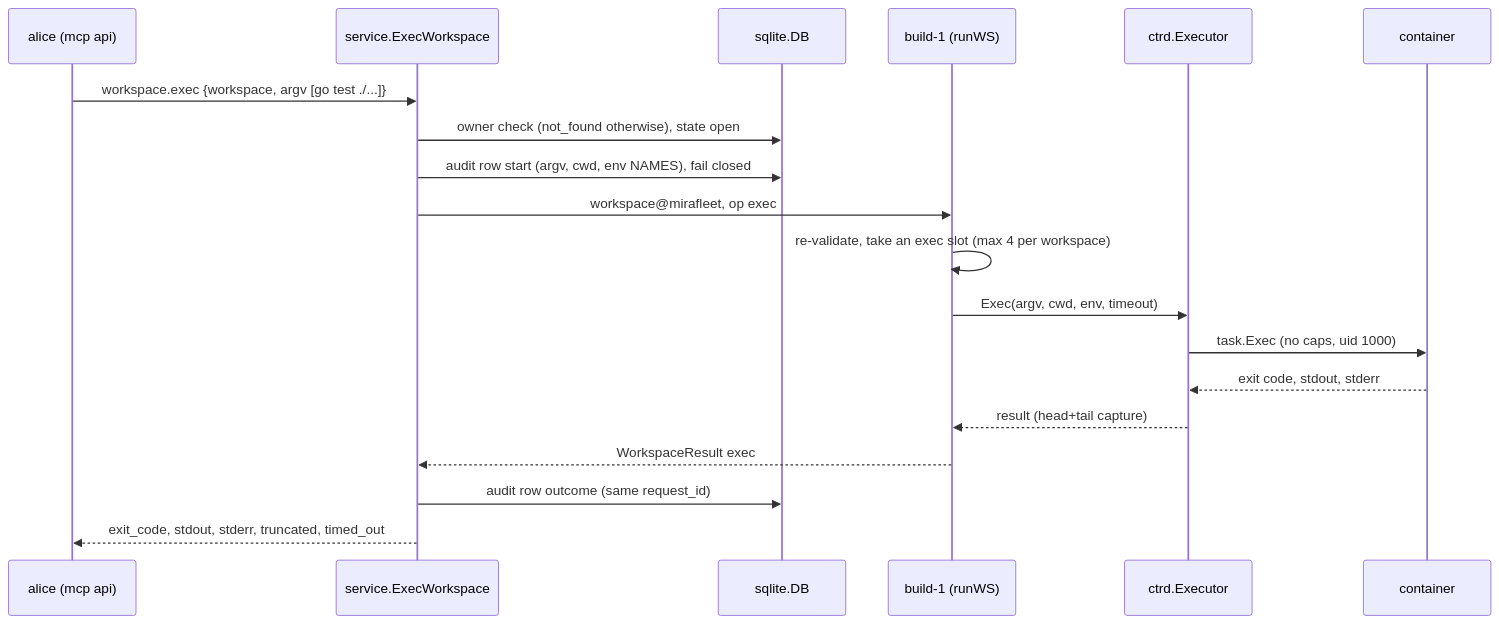
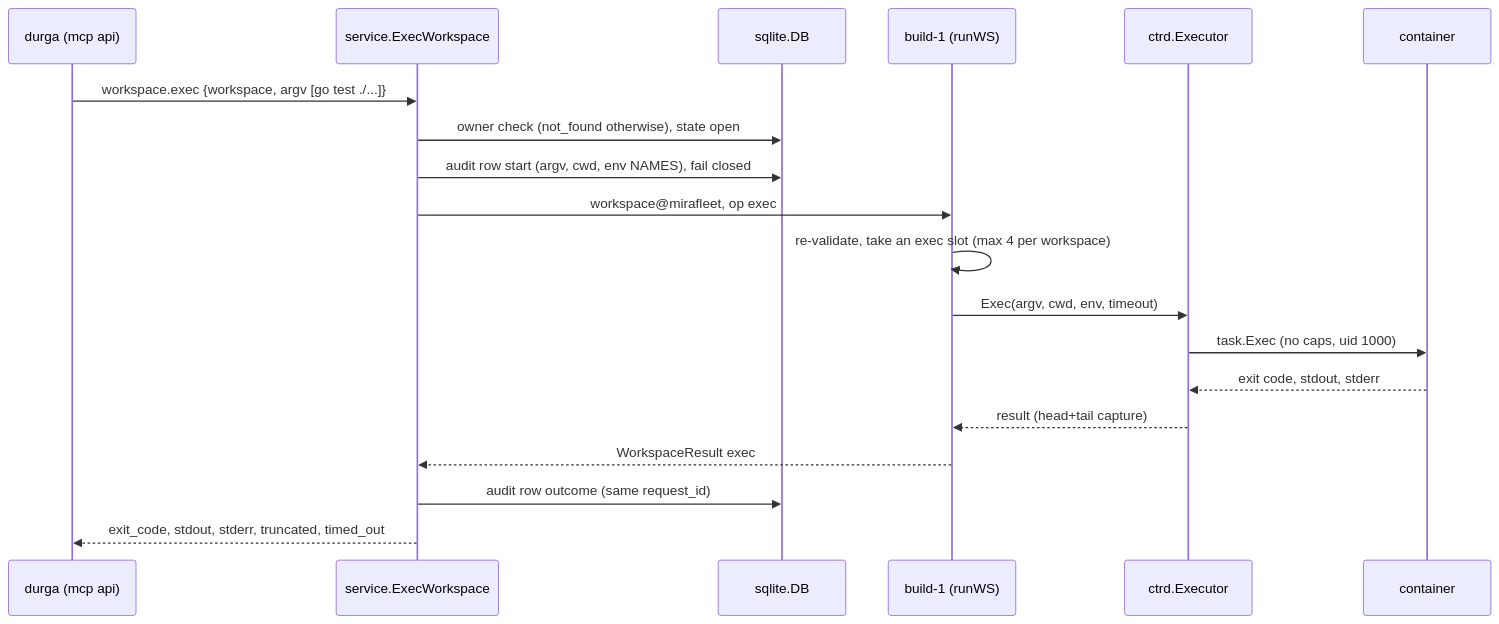
One commit to mirastacklabs-ai/mirafleet changed diagram 22 of 29 in docs/guide/04-flows.md. Above: the diagram before and after it, drawn with Mermaid. The commit also changed other lines of this file and 7 other files, not shown here.

````diff
--- a/docs/guide/04-flows.md
+++ b/docs/guide/04-flows.md
@@ -1342,22 +1342,22 @@
 ```mermaid
 sequenceDiagram
-  participant Op as alice (mcp api)
+  participant Op as durga (mcp api)
   participant Svc as service.ExecWorkspace
   participant DB as sqlite.DB
   participant Run as build-1 (runWS)
   participant Ex as ctrd.Executor
   participant C as container
 
   Op->>Svc: workspace.exec {workspace, argv [go test ./...]}
   Svc->>DB: owner check (not_found otherwise), state open
   Svc->>DB: audit row start (argv, cwd, env NAMES), fail closed
   Svc->>Run: workspace@mirafleet, op exec
   Run->>Run: re-validate, take an exec slot (max 4 per workspace)
   Run->>Ex: Exec(argv, cwd, env, timeout)
   Ex->>C: task.Exec (no caps, uid 1000)
   C-->>Ex: exit code, stdout, stderr
   Ex-->>Run: result (head+tail capture)
   Run-->>Svc: WorkspaceResult exec
   Svc->>DB: audit row outcome (same request_id)
   Svc-->>Op: exit_code, stdout, stderr, truncated, timed_out
 ```
````
